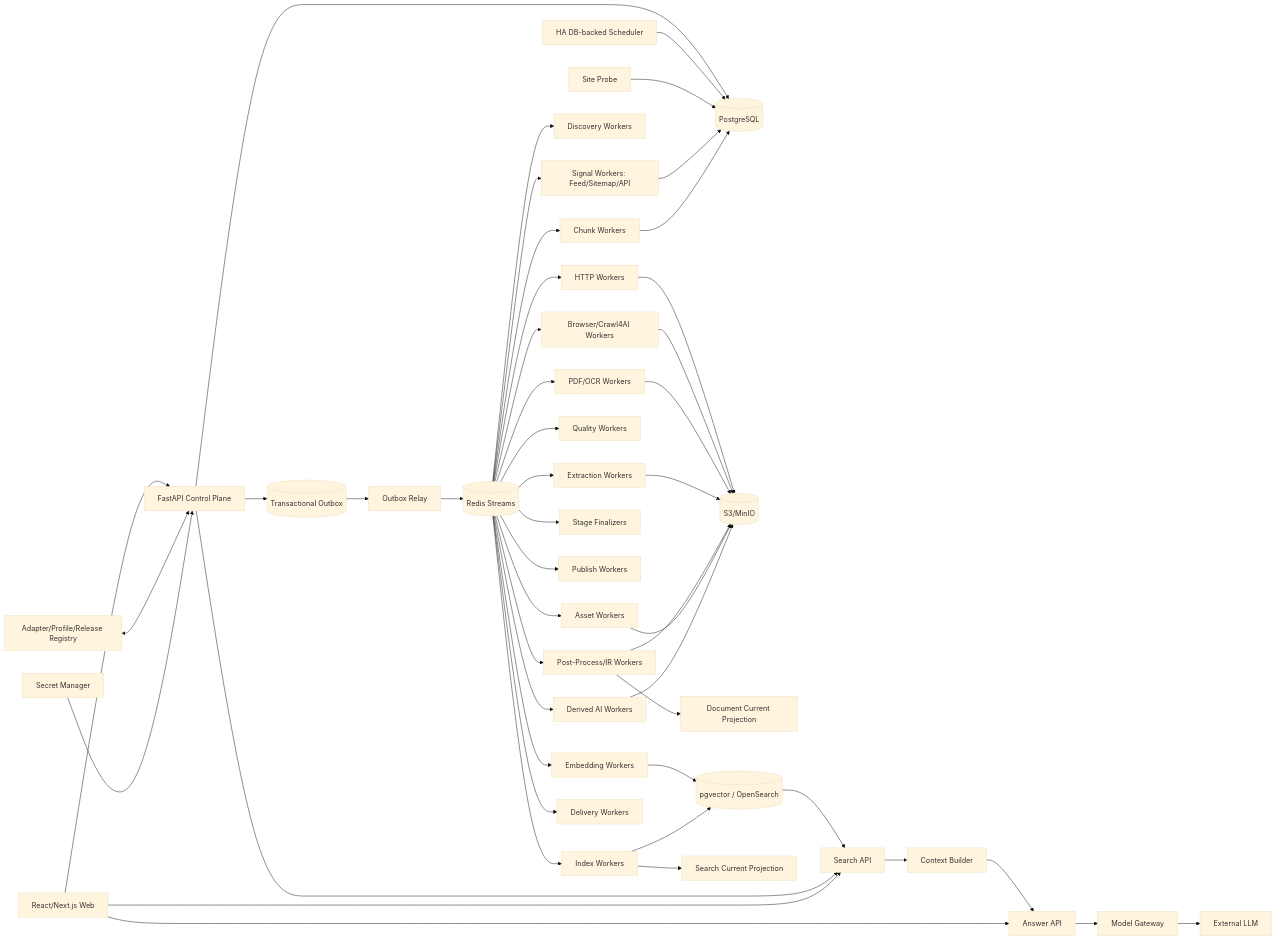
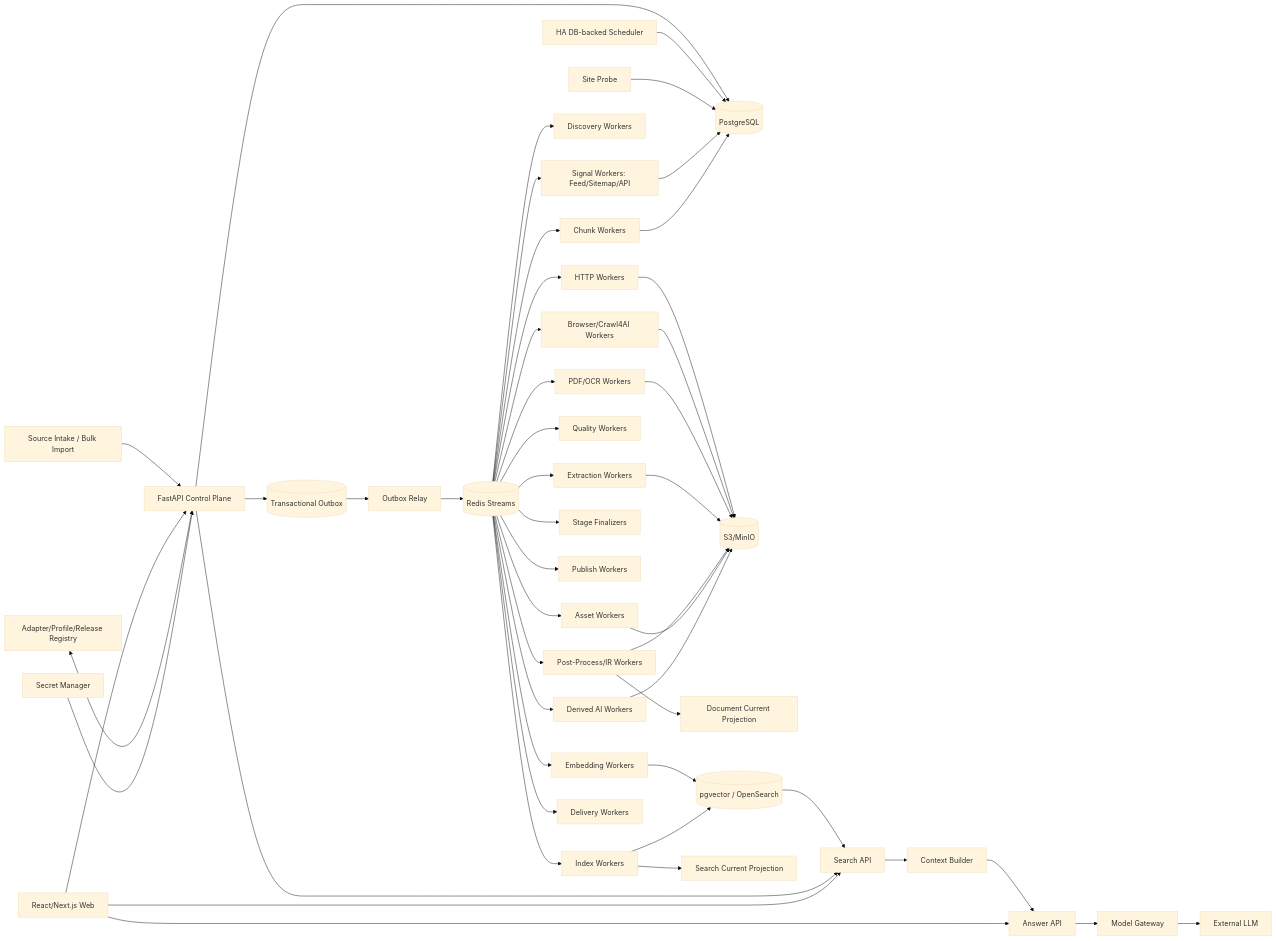
Before and after one commit to WorkerXu/my-doc: the diagram in 博客知识库技术方案.md, drawn with Mermaid (base theme). The commit also changed other lines of this file, not shown here.

````diff
--- a/博客知识库技术方案.md
+++ b/博客知识库技术方案.md
@@ -67,56 +70,57 @@
 ```mermaid
 flowchart LR
-    UI[React/Next.js Web] --> API[FastAPI Control Plane]
+    SI[Source Intake / Bulk Import] --> API[FastAPI Control Plane]
+    UI[React/Next.js Web] --> API
     API --> PG[(PostgreSQL)]
     API --> OUT[(Transactional Outbox)]
 
     SCH[HA DB-backed Scheduler] --> PG
     REG[Adapter/Profile/Release Registry] <--> API
     PROBE[Site Probe] --> PG
     SEC[Secret Manager] --> API
 
     OUT --> RELAY[Outbox Relay]
     RELAY --> Q[(Redis Streams)]
 
     Q --> SG[Signal Workers: Feed/Sitemap/API]
     Q --> DW[Discovery Workers]
     Q --> HF[HTTP Workers]
     Q --> BW[Browser/Crawl4AI Workers]
     Q --> PDF[PDF/OCR Workers]
     Q --> EX[Extraction Workers]
     Q --> PP[Post-Process/IR Workers]
     Q --> QV[Quality Workers]
     Q --> AW[Asset Workers]
     Q --> FIN[Stage Finalizers]
     Q --> PB[Publish Workers]
     Q --> CW[Chunk Workers]
     Q --> EW[Embedding Workers]
     Q --> IX[Index Workers]
     Q --> AI[Derived AI Workers]
     Q --> NT[Delivery Workers]
 
     SG --> PG
     HF --> OBJ[(S3/MinIO)]
     BW --> OBJ
     PDF --> OBJ
     EX --> OBJ
     PP --> OBJ
     AW --> OBJ
     AI --> OBJ
 
     PP --> CUR[Document Current Projection]
     CW --> PG
     EW --> SEARCH[(pgvector / OpenSearch)]
     IX --> SEARCH
     IX --> SCUR[Search Current Projection]
 
     SEARCH --> SA[Search API]
     SA --> CB[Context Builder]
     CB --> AA[Answer API]
     AA --> MG[Model Gateway]
     MG --> LLM[External LLM]
 
     API --> SA
     UI --> SA
     UI --> AA
 ```
````
